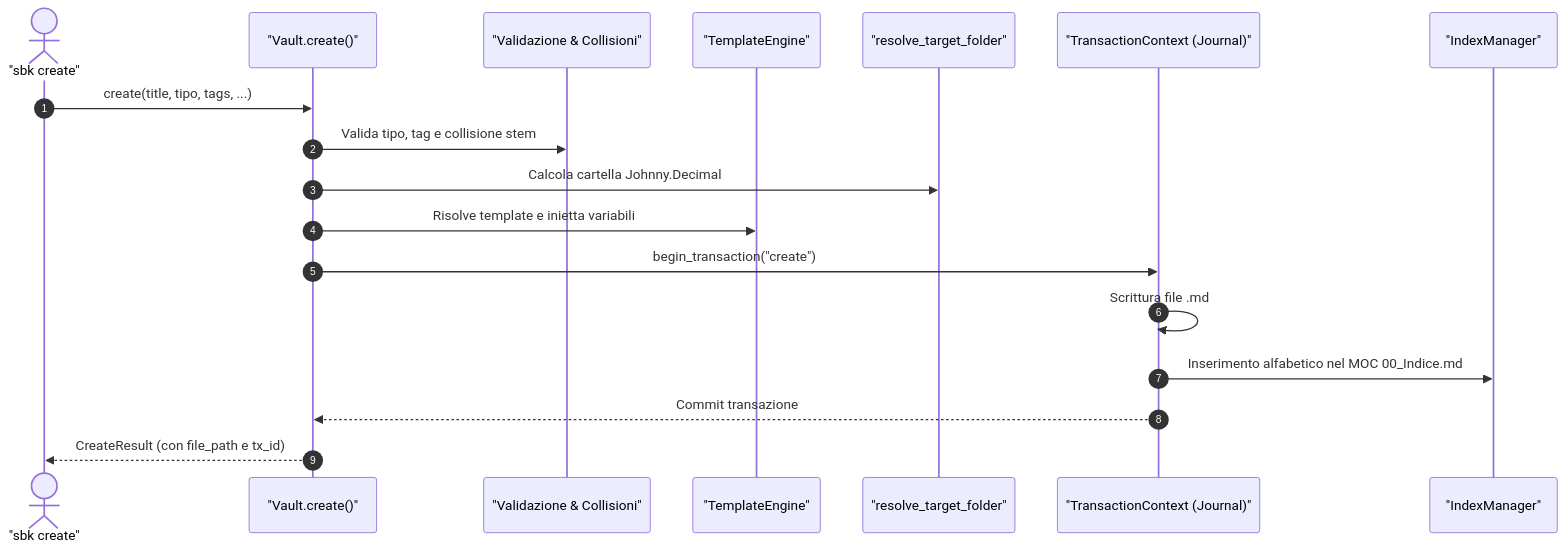
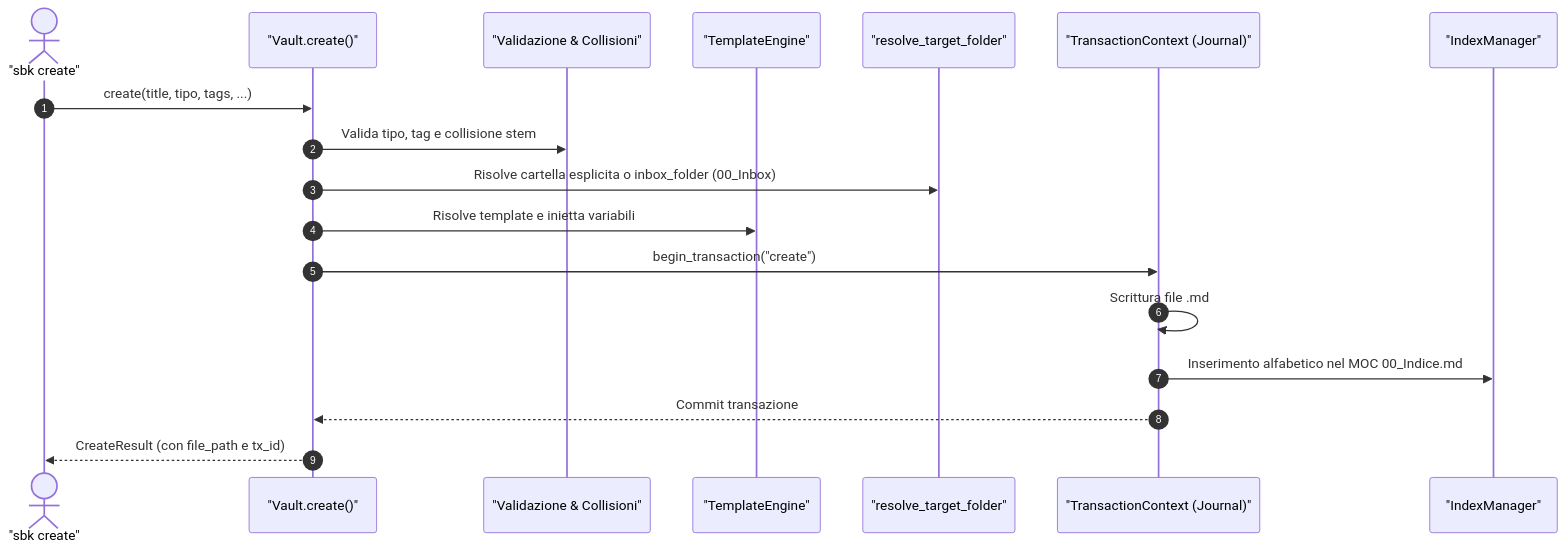
The third of 3 diagrams in docs/cli/commands_reference.md (lucadileo9/second-brain-keeper), drawn with Mermaid before and after one commit. The commit also changed other lines of this file, not shown here.

````diff
--- a/docs/cli/commands_reference.md
+++ b/docs/cli/commands_reference.md
@@ -496,21 +493,21 @@
 ```mermaid
 sequenceDiagram
     autonumber
     actor Utente as "sbk create"
     participant Facade as "Vault.create()"
     participant Check as "Validazione & Collisioni"
     participant Tmpl as "TemplateEngine"
     participant Route as "resolve_target_folder"
     participant Tx as "TransactionContext (Journal)"
     participant Index as "IndexManager"
 
     Utente->>Facade: create(title, tipo, tags, ...)
     Facade->>Check: Valida tipo, tag e collisione stem
-    Facade->>Route: Calcola cartella Johnny.Decimal
+    Facade->>Route: Risolve cartella esplicita o inbox_folder (00_Inbox)
     Facade->>Tmpl: Risolve template e inietta variabili
     Facade->>Tx: begin_transaction("create")
     Tx->>Tx: Scrittura file .md
     Tx->>Index: Inserimento alfabetico nel MOC 00_Indice.md
     Tx-->>Facade: Commit transazione
     Facade-->>Utente: CreateResult (con file_path e tx_id)
 ```
````
